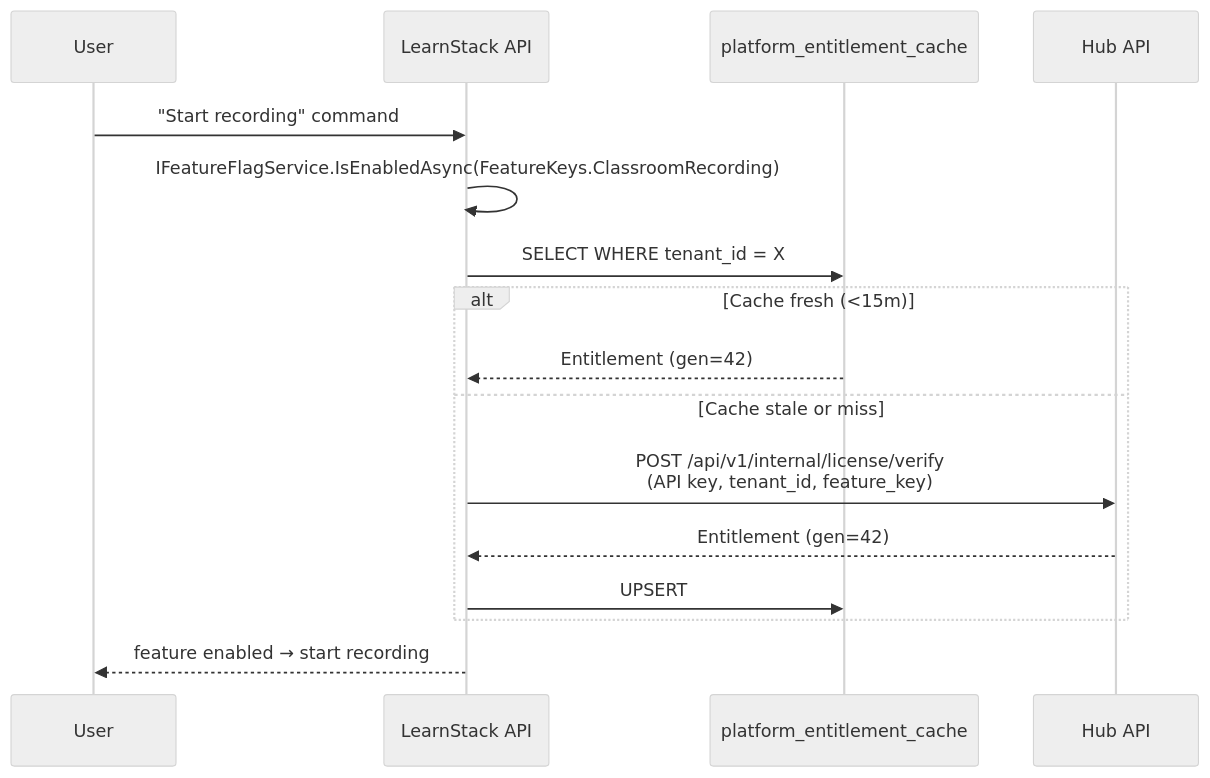
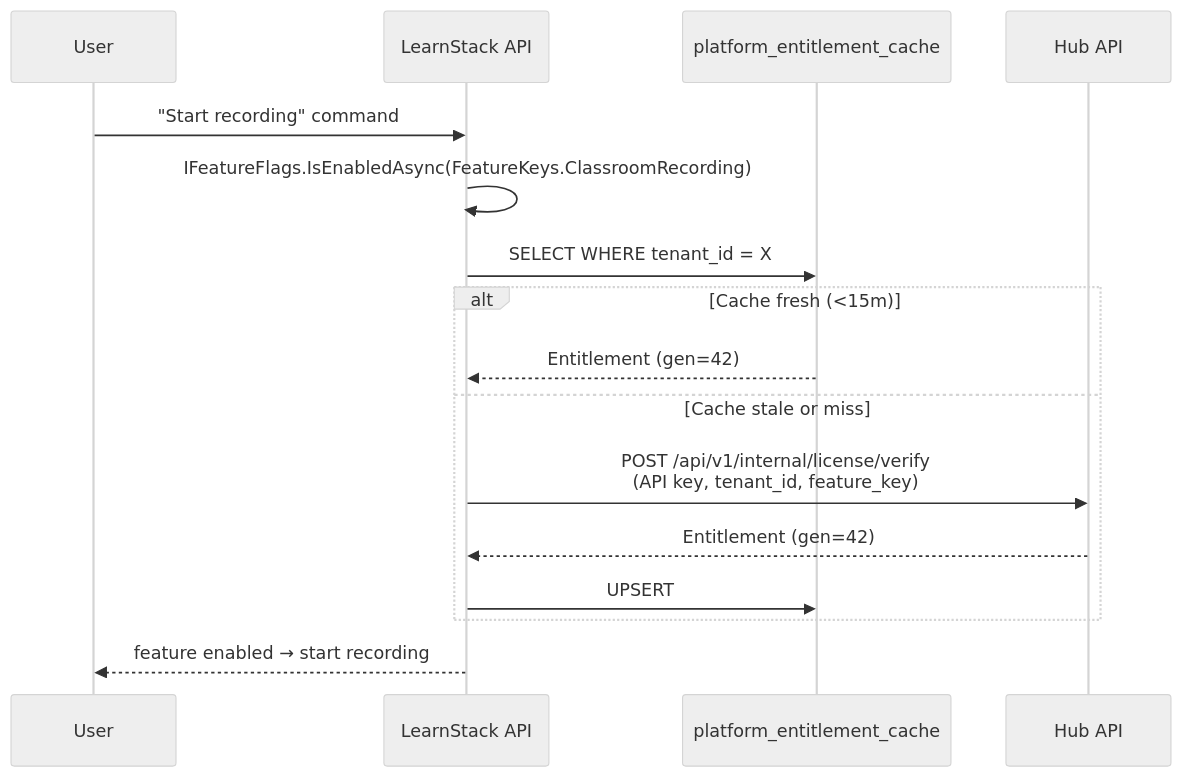
One commit to HodeTech/LearnStack changed the fifth of 7 diagrams in docs/architecture/24-learnstack-hub.md. Above: the diagram before and after it, drawn with Mermaid (neutral theme). The commit also changed other lines of this file and 28 other files, not shown here.

````diff
--- a/docs/architecture/24-learnstack-hub.md
+++ b/docs/architecture/24-learnstack-hub.md
@@ -334,19 +369,19 @@
 ```mermaid
 sequenceDiagram
     participant User
     participant LSApi as LearnStack API
     participant Cache as platform_entitlement_cache
     participant HubAPI as Hub API
 
     User->>LSApi: "Start recording" command
-    LSApi->>LSApi: IFeatureFlagService.IsEnabledAsync(FeatureKeys.ClassroomRecording)
+    LSApi->>LSApi: IFeatureFlags.IsEnabledAsync(FeatureKeys.ClassroomRecording)
     LSApi->>Cache: SELECT WHERE tenant_id = X
     alt Cache fresh (<15m)
         Cache-->>LSApi: Entitlement (gen=42)
     else Cache stale or miss
         LSApi->>HubAPI: POST /api/v1/internal/license/verify<br/>(API key, tenant_id, feature_key)
         HubAPI-->>LSApi: Entitlement (gen=42)
         LSApi->>Cache: UPSERT
     end
     LSApi-->>User: feature enabled → start recording
 ```
````
